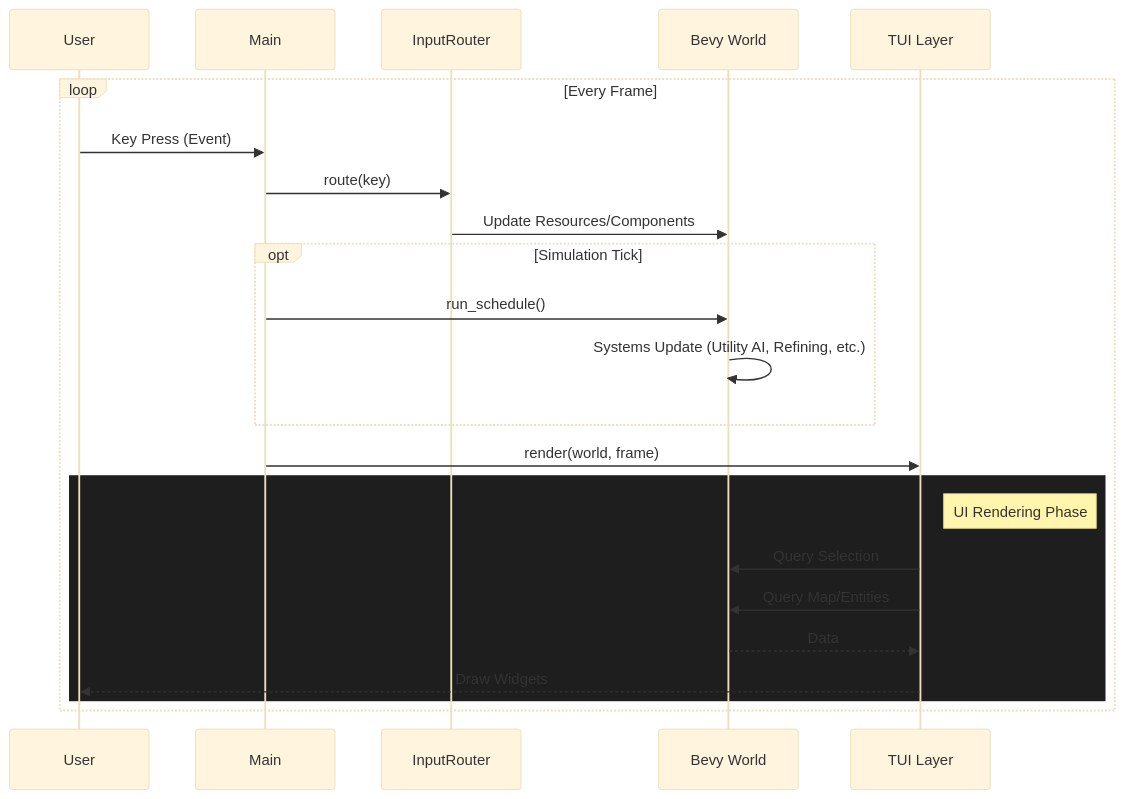
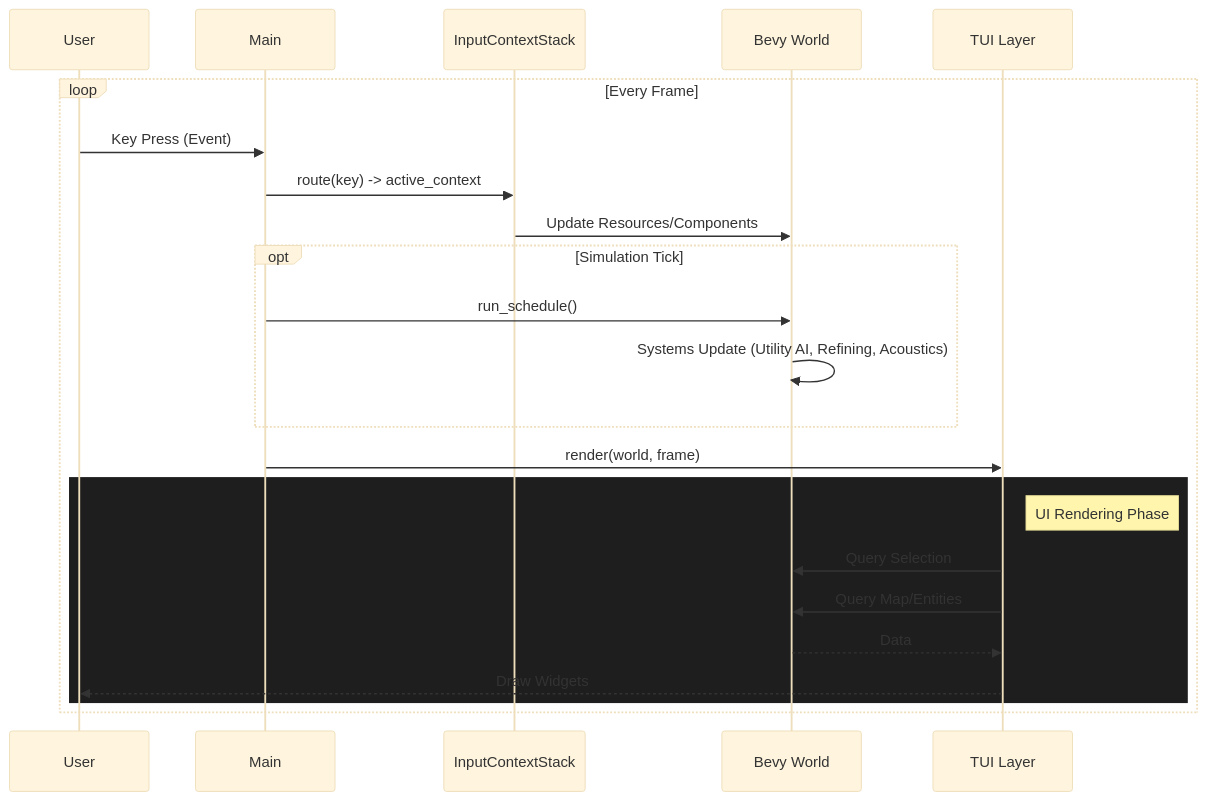
The fourth of 7 diagrams in docs/architecture.md (madmax983/project-zero), drawn with Mermaid (base theme) before and after one commit. The commit also changed other lines of this file and 3 other files, not shown here.

First line of the commit message:
docs: Add ADRs 015-017 and update architecture diagrams

````diff
--- a/docs/architecture.md
+++ b/docs/architecture.md
@@ -70,29 +100,29 @@
 ```mermaid
 sequenceDiagram
     participant User
     participant Main
-    participant Input as InputRouter
+    participant Input as InputContextStack
     participant ECS as Bevy World
     participant UI as TUI Layer
 
     loop Every Frame
         User->>Main: Key Press (Event)
-        Main->>Input: route(key)
+        Main->>Input: route(key) -> active_context
         Input->>ECS: Update Resources/Components
 
         opt Simulation Tick
             Main->>ECS: run_schedule()
-            ECS->>ECS: Systems Update (Utility AI, Refining, etc.)
+            ECS->>ECS: Systems Update (Utility AI, Refining, Acoustics)
         end
 
         Main->>UI: render(world, frame)
 
         rect rgb(30, 30, 30)
             note right of UI: UI Rendering Phase
             UI->>ECS: Query Selection
             UI->>ECS: Query Map/Entities
             ECS-->>UI: Data
             UI-->>User: Draw Widgets
         end
     end
 ```
````
